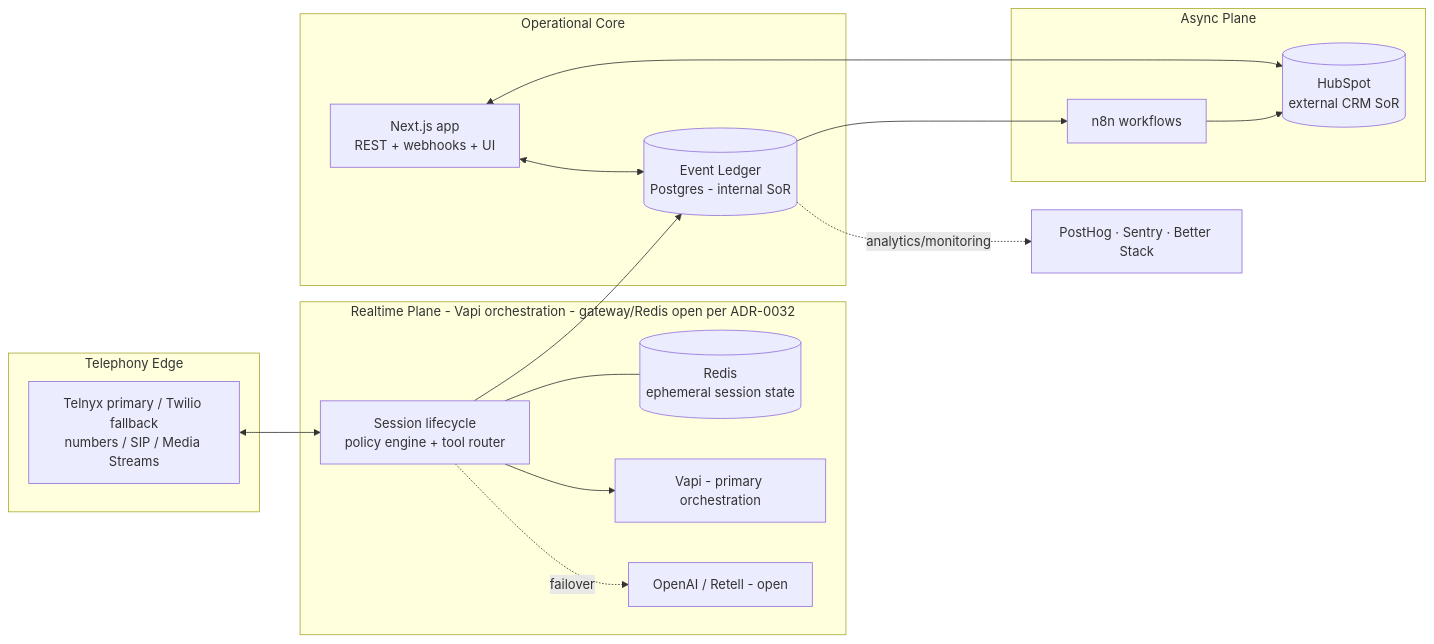
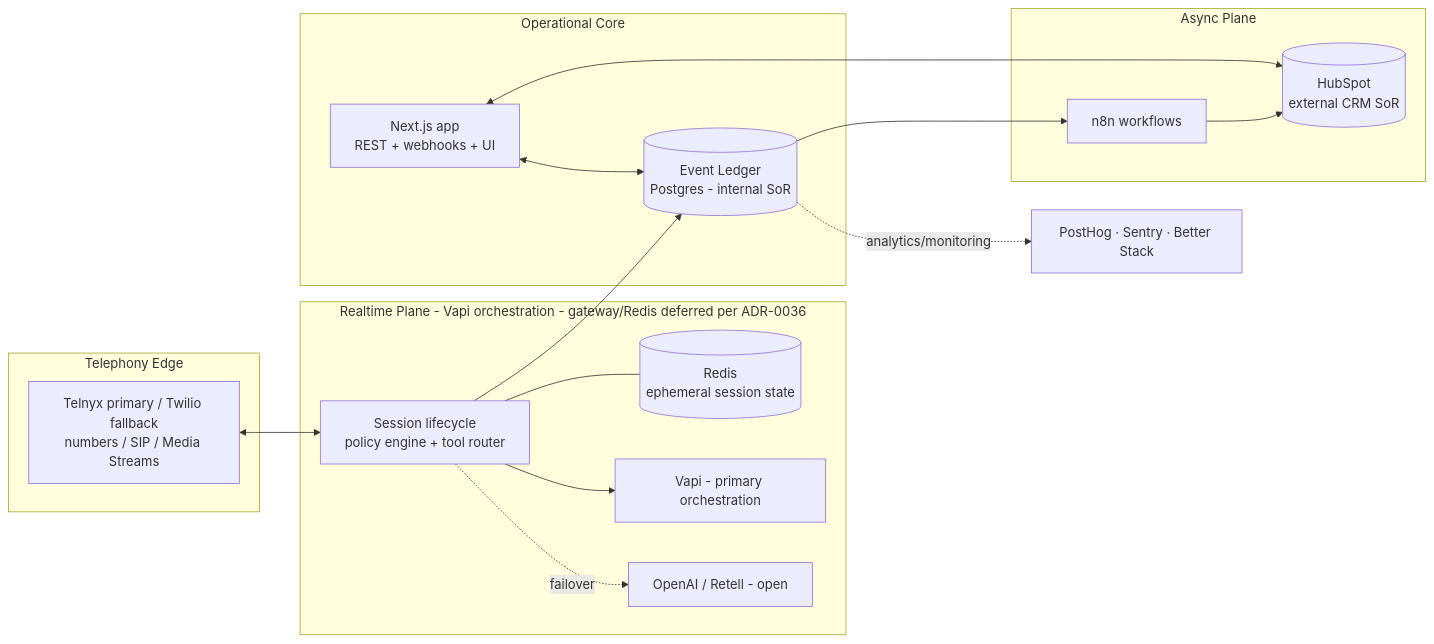
Before and after one commit to AudioJones-Dev/responseos: the diagram in docs/product/RESPONSEOS_BUILD_SOURCE.md, drawn with Mermaid. The commit also changed other lines of this file and 4 other files, not shown here.

````diff
--- a/docs/product/RESPONSEOS_BUILD_SOURCE.md
+++ b/docs/product/RESPONSEOS_BUILD_SOURCE.md
@@ -71,30 +73,30 @@
 ```mermaid
 flowchart LR
   subgraph Edge[Telephony Edge]
     TW[Telnyx primary / Twilio fallback<br/>numbers / SIP / Media Streams]
   end
-  subgraph RT[Realtime Plane - Vapi orchestration - gateway/Redis open per ADR-0032]
+  subgraph RT[Realtime Plane - Vapi orchestration - gateway/Redis deferred per ADR-0036]
     GW[Session lifecycle<br/>policy engine + tool router]
     RS[(Redis<br/>ephemeral session state)]
     VAPI[Vapi - primary orchestration]
     OAI[OpenAI / Retell - open]
     GW --- RS
     GW --> VAPI
     GW -. failover .-> OAI
   end
   subgraph Core[Operational Core]
     LEDGER[(Event Ledger<br/>Postgres - internal SoR)]
     API[Next.js app<br/>REST + webhooks + UI]
   end
   subgraph Async[Async Plane]
     N8N[n8n workflows]
     HS[(HubSpot<br/>external CRM SoR)]
   end
   TW <--> GW
   GW --> LEDGER
   API <--> LEDGER
   LEDGER --> N8N
   N8N --> HS
   API <--> HS
   LEDGER -. analytics/monitoring .-> OBS[PostHog · Sentry · Better Stack]
 ```
````
